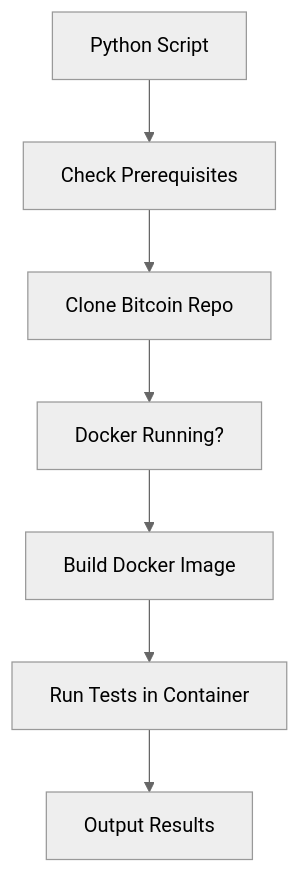
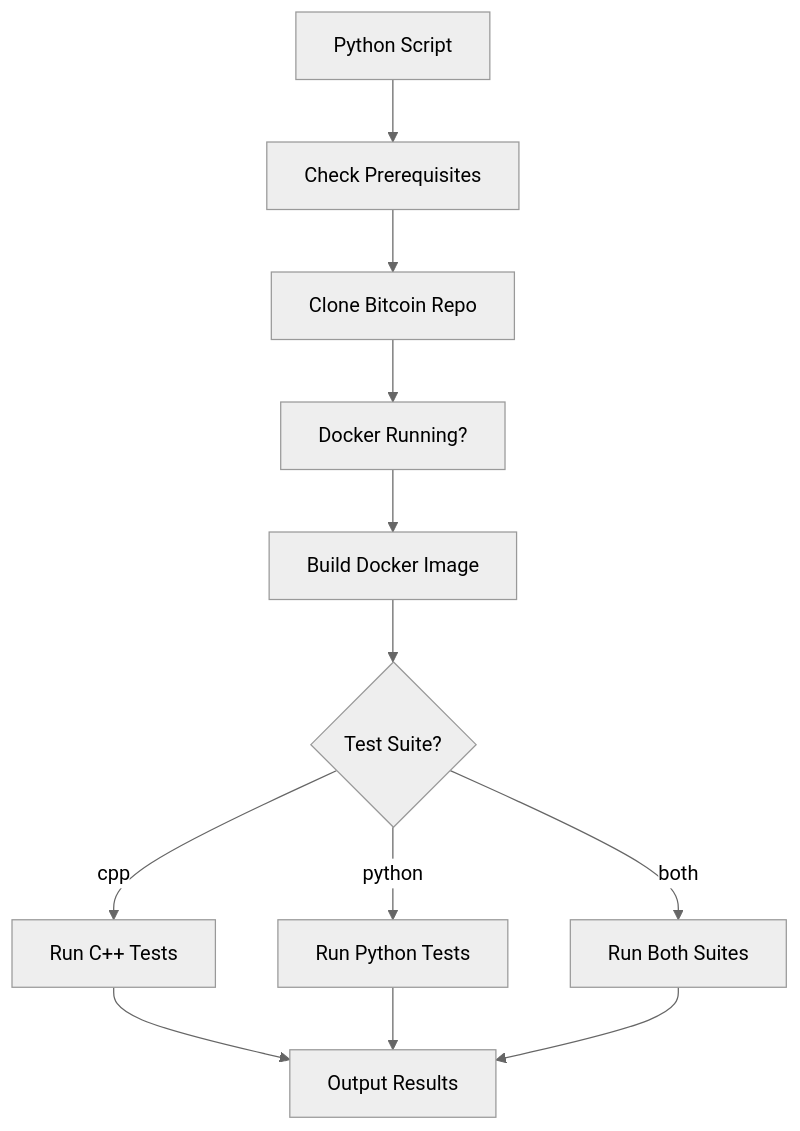
One commit to tboy1337/run-bitcoin-tests changed the diagram in README.md. Above: the diagram before and after it, drawn with Mermaid (neutral theme). The commit also changed other lines of this file and 6 other files, not shown here.

First line of the commit message:
Enhance Bitcoin testing scripts with dual test suite support and improved configuration

````diff
--- a/README.md
+++ b/README.md
@@ -36,9 +47,14 @@
 ```mermaid
 graph TD
     A[Python Script] --> B[Check Prerequisites]
     B --> C[Clone Bitcoin Repo]
     C --> D[Docker Running?]
     D --> E[Build Docker Image]
-    E --> F[Run Tests in Container]
-    F --> G[Output Results]
+    E --> F{Test Suite?}
+    F -->|cpp| G[Run C++ Tests]
+    F -->|python| H[Run Python Tests]
+    F -->|both| I[Run Both Suites]
+    G --> J[Output Results]
+    H --> J
+    I --> J
 ```
````
